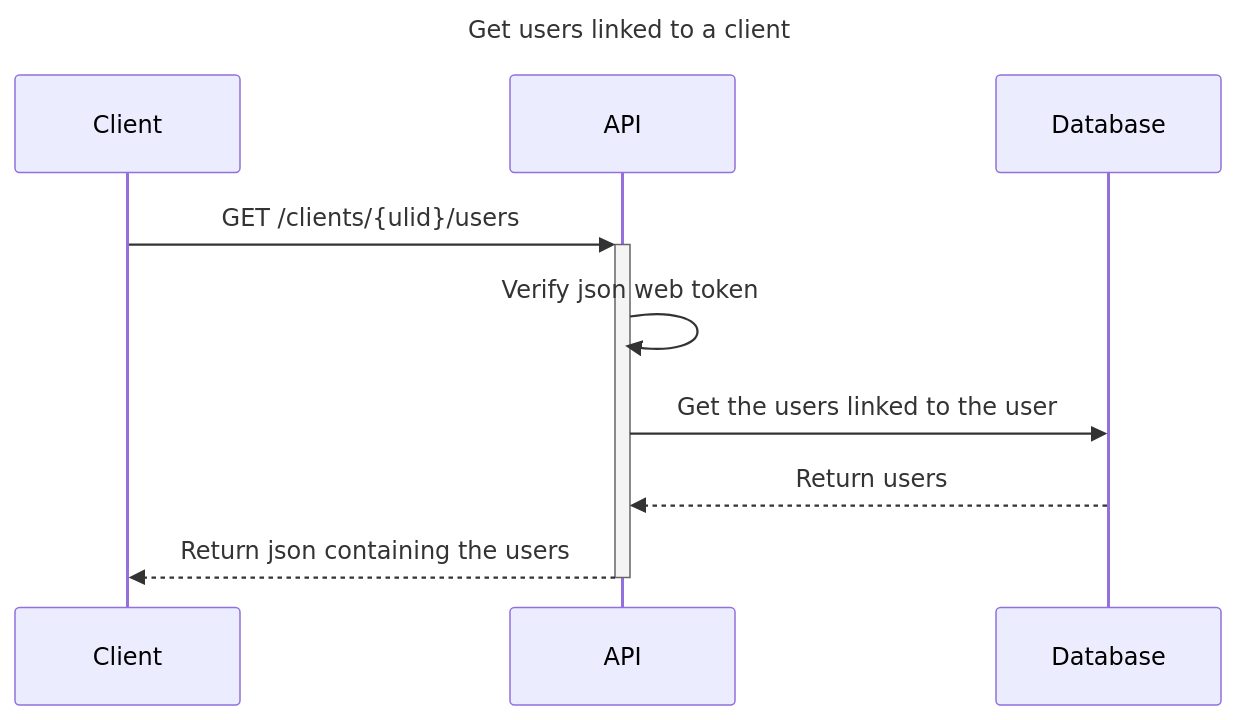
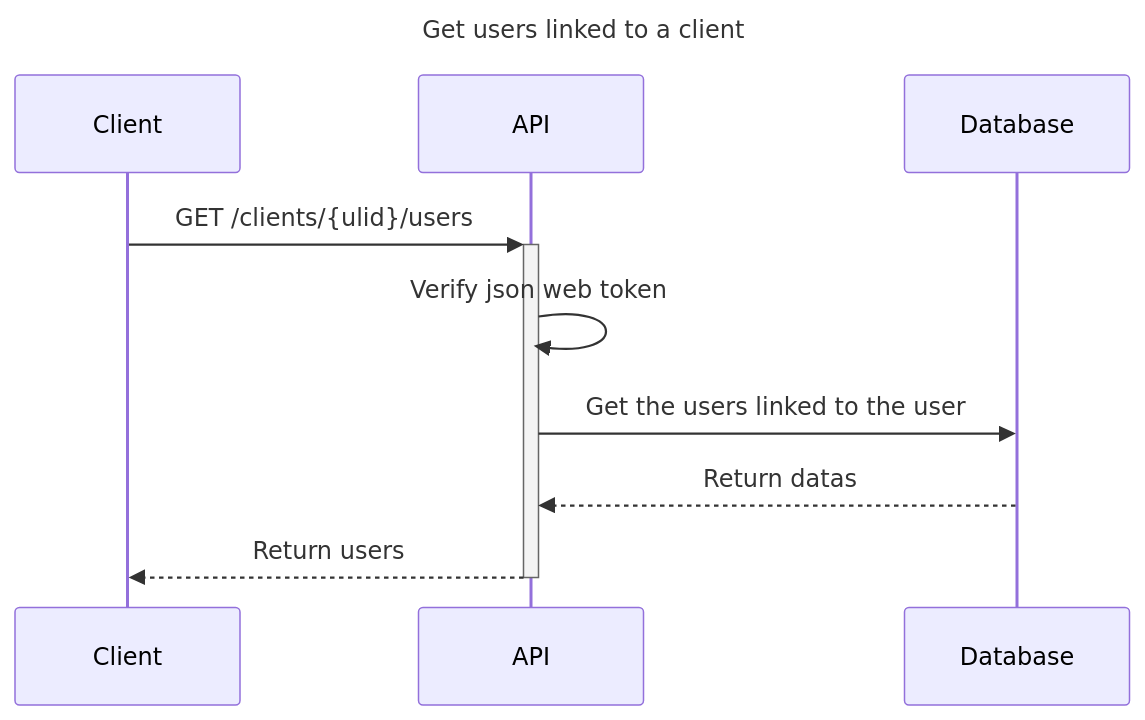
One commit to acecconato/AnthonyCecconato_7_12052023 changed the diagram in docs/sequence/get_users.md. Above: the diagram before and after it, drawn with Mermaid. The commit also changed 3 other files, not shown here.

````diff
--- a/docs/sequence/get_users.md
+++ b/docs/sequence/get_users.md
@@ -1,13 +1,13 @@
 ```mermaid
 sequenceDiagram
 title Get users linked to a client
 
 Client->>+API: GET /clients/{ulid}/users
 
 API->>API: Verify json web token
 
 API->>Database: Get the users linked to the user
-Database-->>API: Return users 
+Database-->>API: Return datas
 
-API-->>-Client: Return json containing the users
+API-->>-Client: Return users
 ```
````
